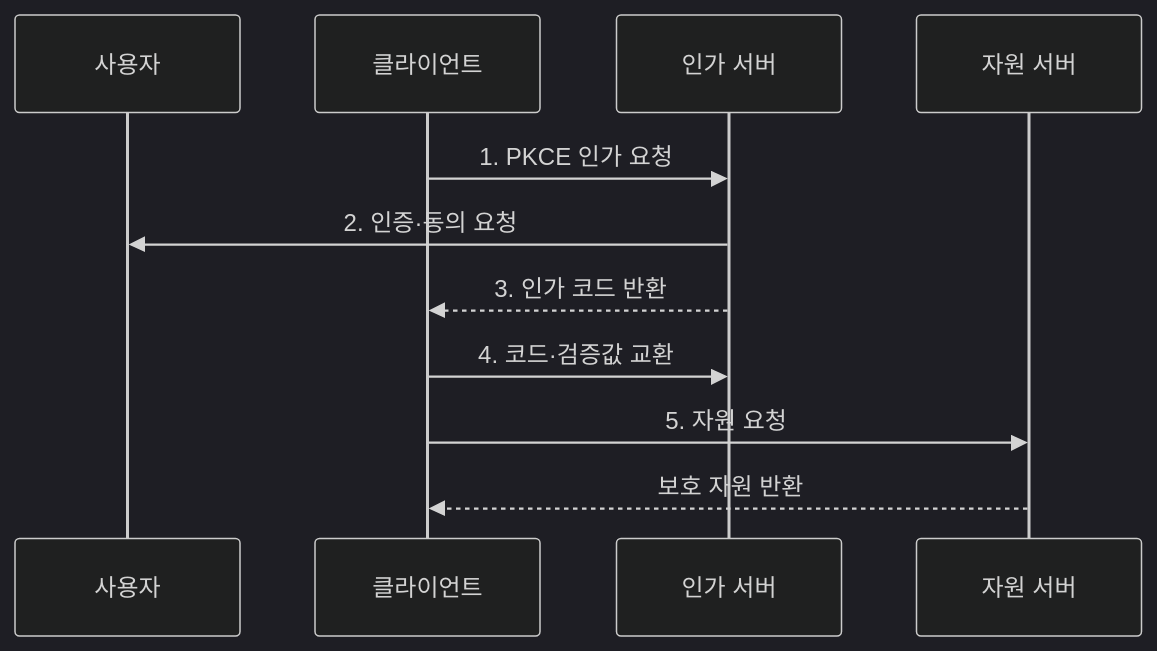
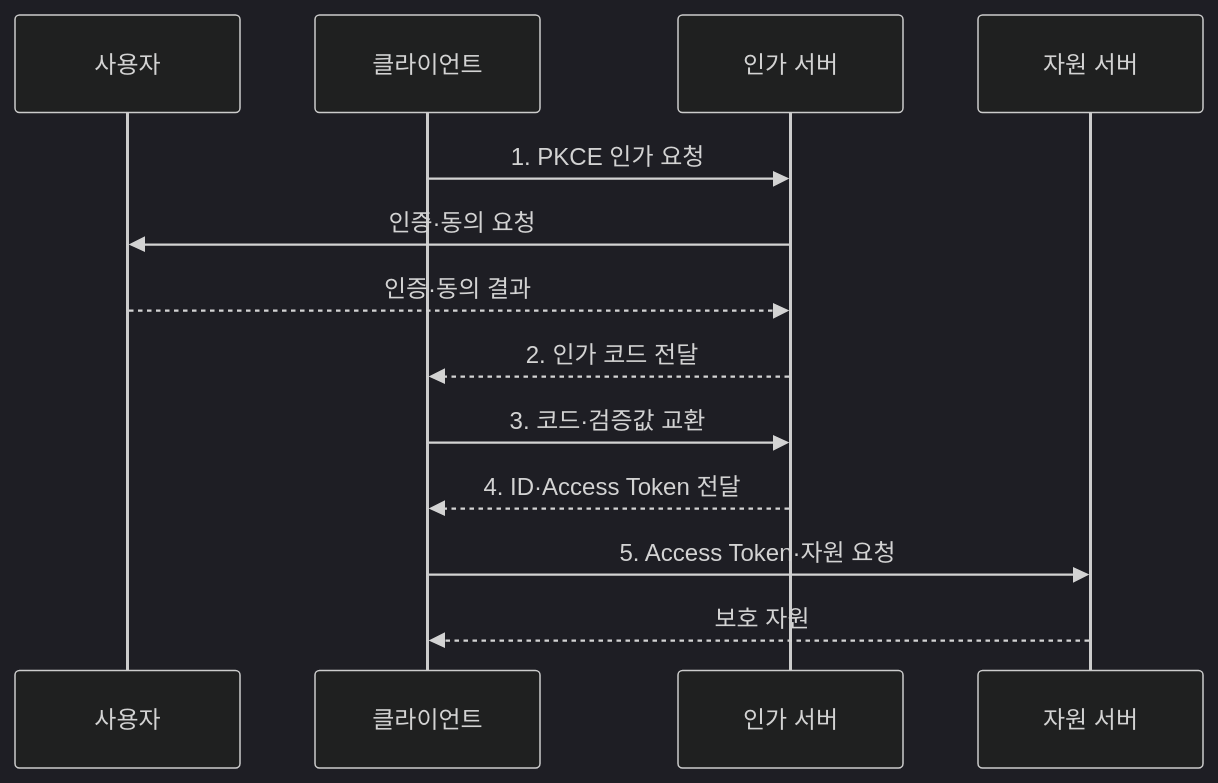
Before and after one commit to agnusdei1207/knowledge-base: the second of 2 diagrams in src/content/docs/notes/03-software/174_oauth2_oidc.md, drawn with Mermaid (dark theme). The commit also changed other lines of this file and 20 other files, not shown here.

````diff
--- a/src/content/docs/notes/03-software/174_oauth2_oidc.md
+++ b/src/content/docs/notes/03-software/174_oauth2_oidc.md
@@ -85,13 +86,15 @@
 ```mermaid
 sequenceDiagram
     participant U as 사용자
     participant C as 클라이언트
     participant A as 인가 서버
     participant R as 자원 서버
     C->>A: 1. PKCE 인가 요청
-    A->>U: 2. 인증·동의 요청
-    A-->>C: 3. 인가 코드 반환
-    C->>A: 4. 코드·검증값 교환
-    C->>R: 5. 자원 요청
-    R-->>C: 보호 자원 반환
+    A->>U: 인증·동의 요청
+    U-->>A: 인증·동의 결과
+    A-->>C: 2. 인가 코드 전달
+    C->>A: 3. 코드·검증값 교환
+    A-->>C: 4. ID·Access Token 전달
+    C->>R: 5. Access Token·자원 요청
+    R-->>C: 보호 자원
 ```
````
